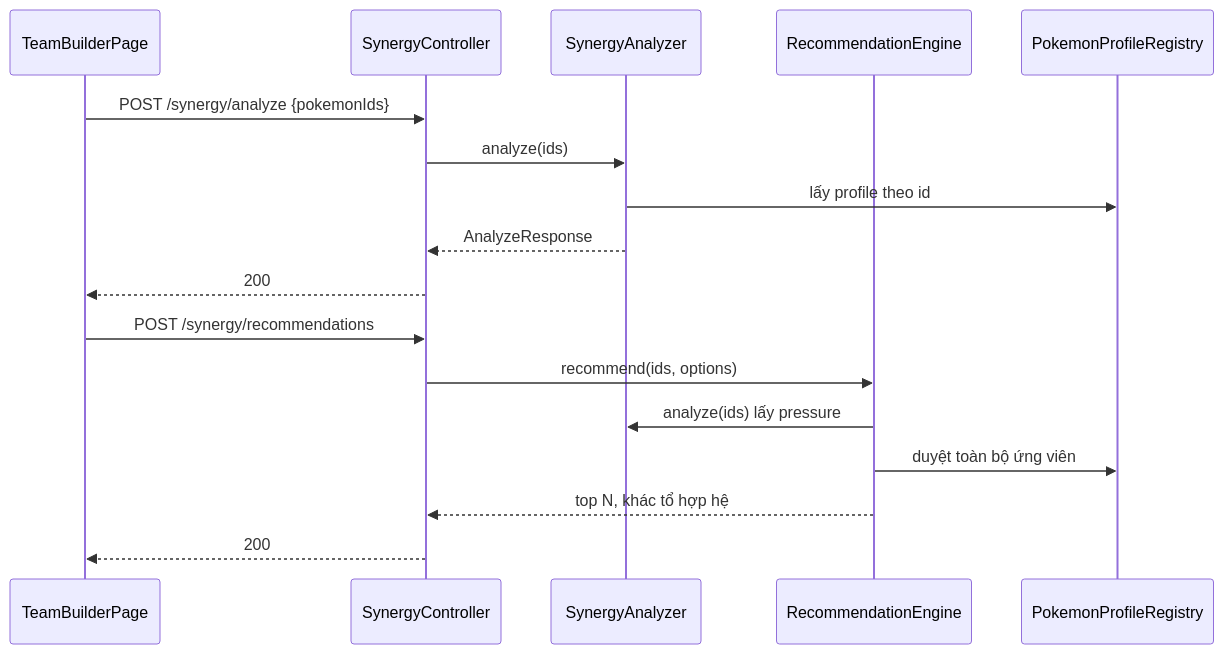
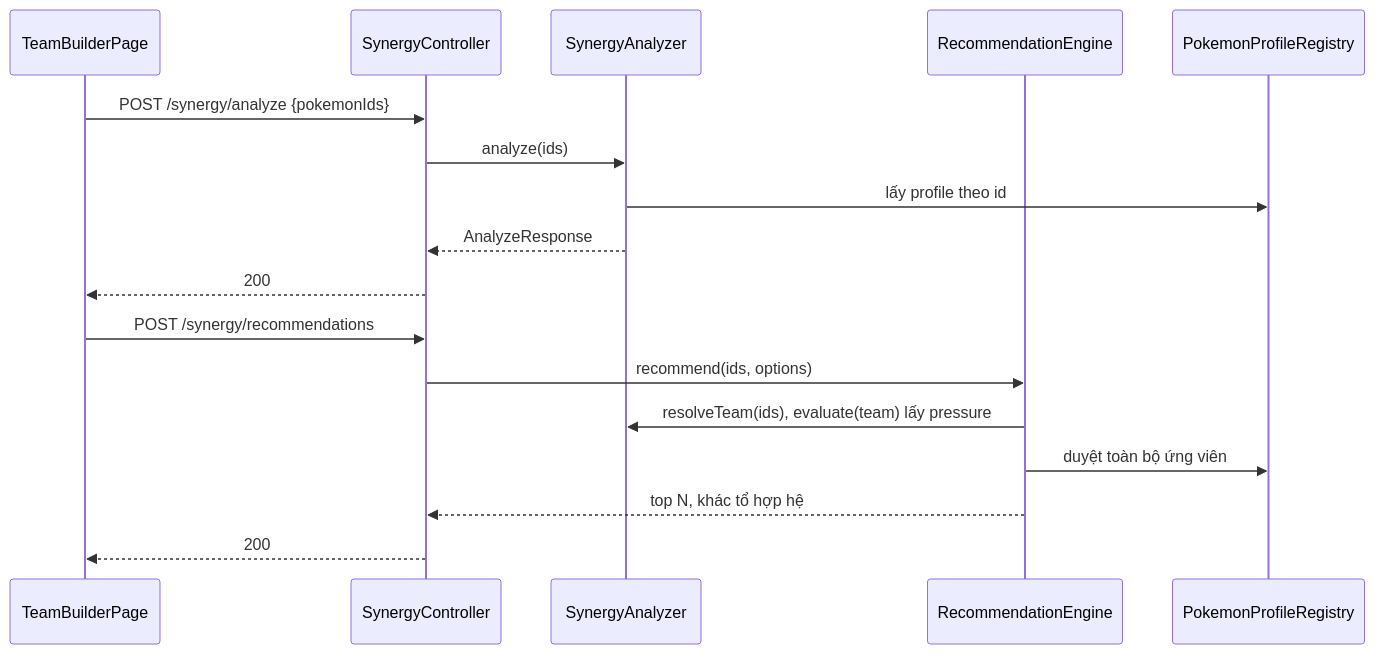
One commit to Nha-Cong-Dong/PokeNexus changed the seventh of 9 diagrams in docs/architecture.md. Above: the diagram before and after it, drawn with Mermaid. The commit also changed other lines of this file and 15 other files, not shown here.

````diff
--- a/docs/architecture.md
+++ b/docs/architecture.md
@@ -162,19 +163,19 @@
 ```mermaid
 sequenceDiagram
     participant UI as TeamBuilderPage
     participant C as SynergyController
     participant A as SynergyAnalyzer
     participant E as RecommendationEngine
     participant PR as PokemonProfileRegistry
     UI->>C: POST /synergy/analyze {pokemonIds}
     C->>A: analyze(ids)
     A->>PR: lấy profile theo id
     A-->>C: AnalyzeResponse
     C-->>UI: 200
     UI->>C: POST /synergy/recommendations
     C->>E: recommend(ids, options)
-    E->>A: analyze(ids) lấy pressure
+    E->>A: resolveTeam(ids), evaluate(team) lấy pressure
     E->>PR: duyệt toàn bộ ứng viên
     E-->>C: top N, khác tổ hợp hệ
     C-->>UI: 200
 ```
````
